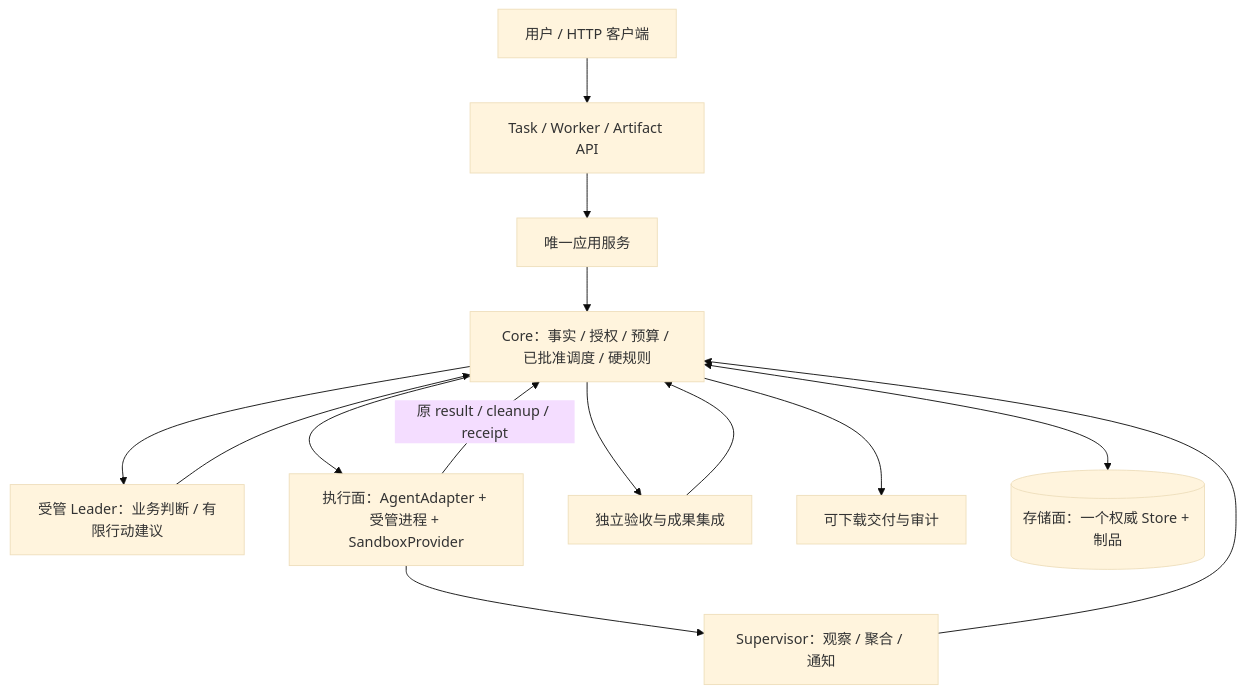
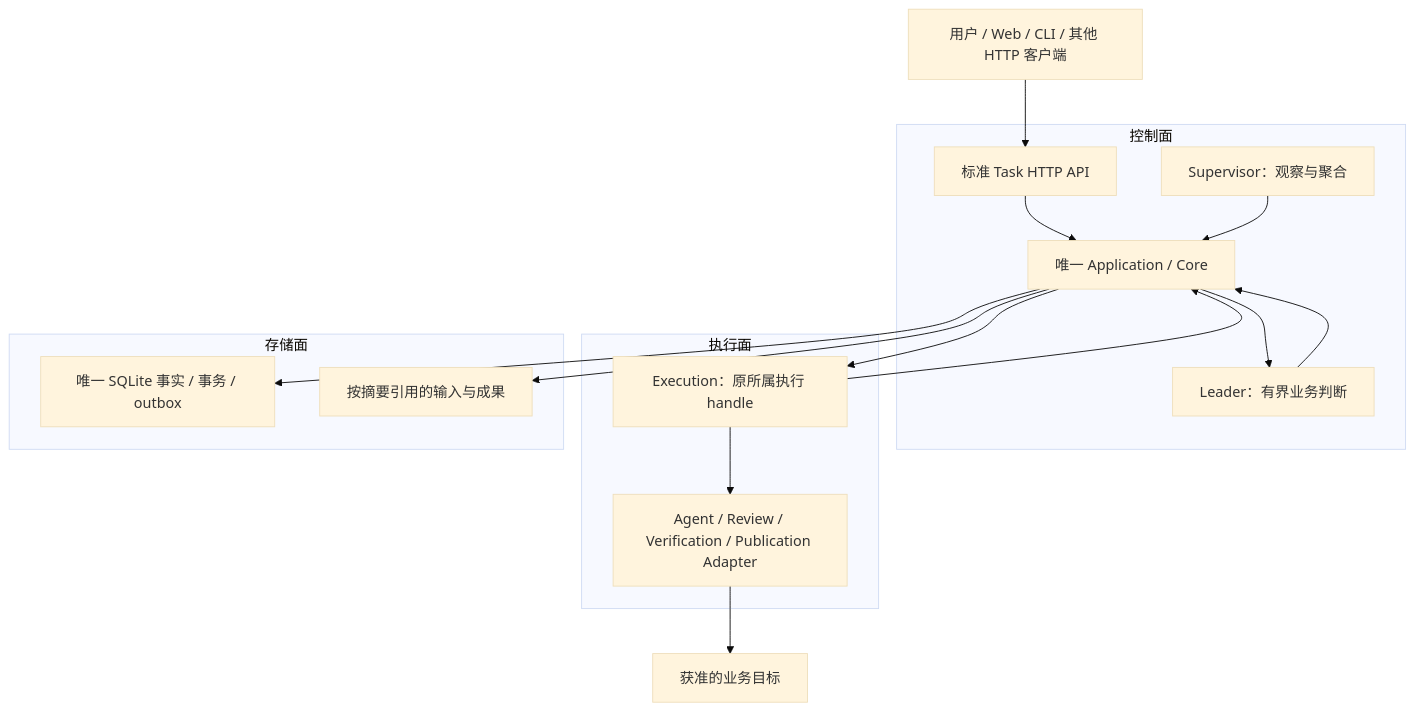
Before and after one commit to chiga0/marshal-harness: the diagram in docs/agent-team-service-architecture.md, drawn with Mermaid (base theme). The commit also changed other lines of this file and 11 other files, not shown here.

````diff
--- a/docs/agent-team-service-architecture.md
+++ b/docs/agent-team-service-architecture.md
@@ -48,16 +13,24 @@
 ```mermaid
 flowchart TB
-  U[用户 / HTTP 客户端] --> API[Task / Worker / Artifact API]
-  API --> APP[唯一应用服务]
-  APP --> CORE[Core：事实 / 授权 / 预算 / 已批准调度 / 硬规则]
-  CORE --> L[受管 Leader：业务判断 / 有限行动建议]
-  L --> CORE
-  CORE --> EXEC[执行面：AgentAdapter + 受管进程 + SandboxProvider]
-  EXEC --> C[Supervisor：观察 / 聚合 / 通知]
-  EXEC -->|原 result / cleanup / receipt| CORE
-  C --> CORE
-  CORE --> V[独立验收与成果集成]
-  V --> CORE
-  CORE --> D[可下载交付与审计]
-  CORE <--> STORE[(存储面：一个权威 Store + 制品)]
+  U[用户 / Web / CLI / 其他 HTTP 客户端] --> API[标准 Task HTTP API]
+  subgraph C[控制面]
+    API --> A[唯一 Application / Core]
+    S[Supervisor：观察与聚合] --> A
+    A --> L[Leader：有界业务判断]
+    L --> A
+  end
+  subgraph E[执行面]
+    X[Execution：原所属执行 handle]
+    P[Agent / Review / Verification / Publication Adapter]
+    X --> P
+  end
+  subgraph D[存储面]
+    DB[唯一 SQLite 事实 / 事务 / outbox]
+    B[按摘要引用的输入与成果]
+  end
+  A --> X
+  X --> A
+  A --> DB
+  A --> B
+  P --> T[获准的业务目标]
 ```
````
